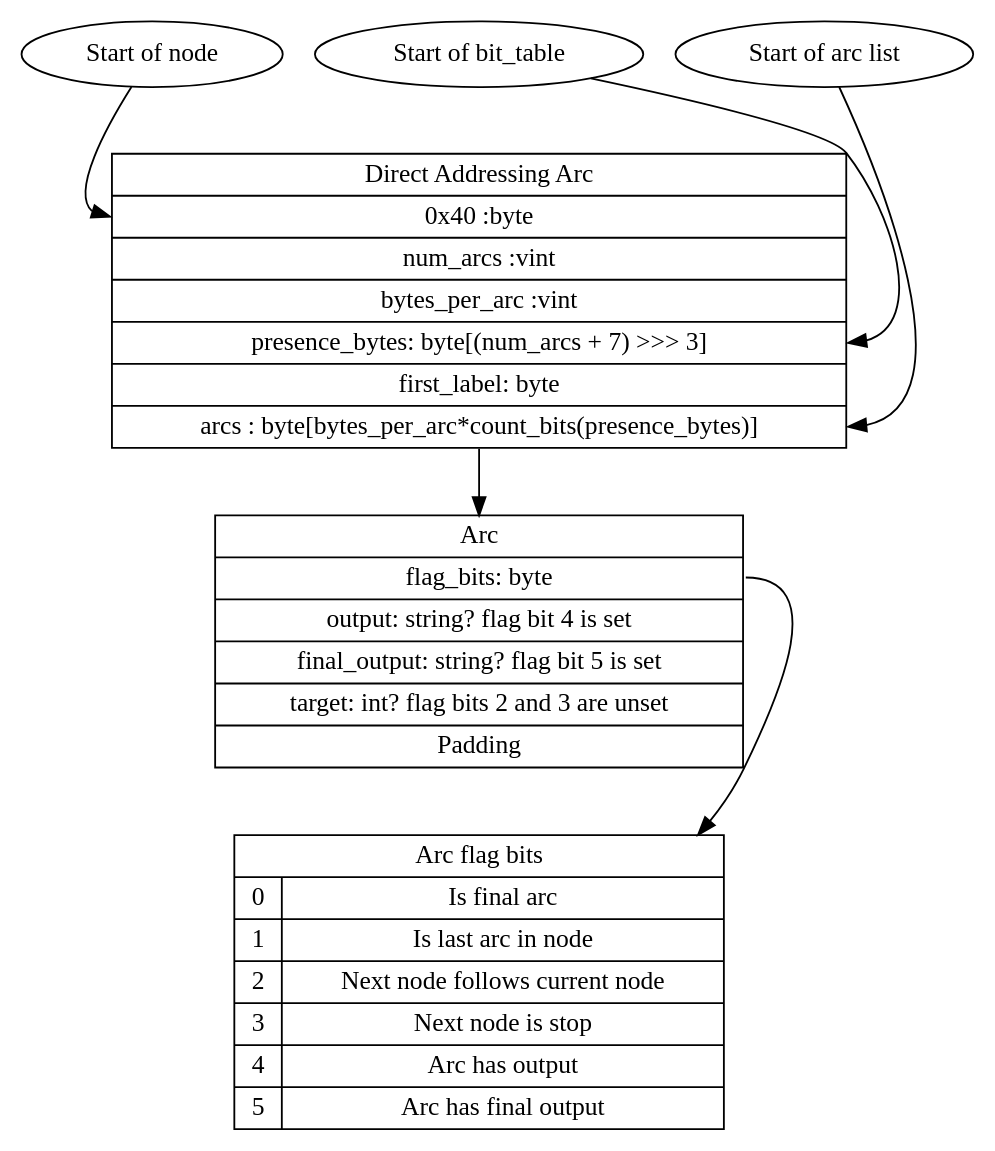
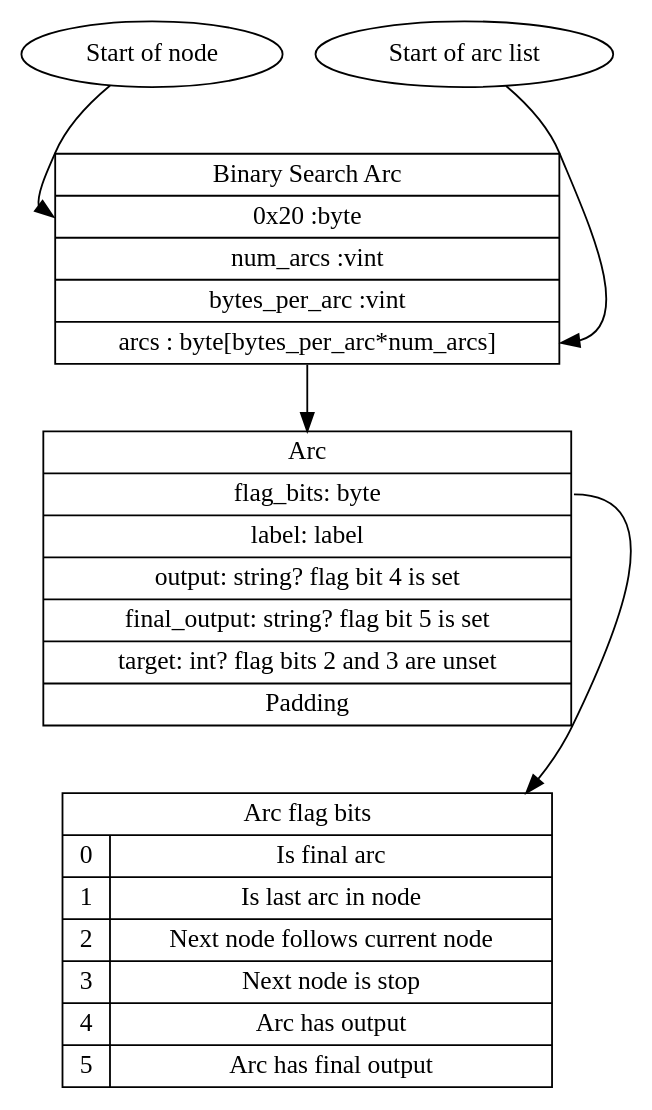
Before and after one commit to sidharthkuruvila/ocaml-lucene: the diagram in doc/graphviz/fst-binary-search.gv, drawn with Graphviz. The commit also changed 2 other files, not shown here.

```diff
--- a/doc/graphviz/fst-binary-search.gv
+++ b/doc/graphviz/fst-binary-search.gv
@@ -1,38 +1,32 @@
 digraph G {
   start_of_node [
     label = "Start of node"
-  ]
-
-  bit_table_start [
-    label = "Start of bit_table"
   ]
 
   pos_arc_start [
     label = "Start of arc list"
   ]
 
-  direct_addressing_arc [
-    label = "{Direct Addressing Arc | <f0>0x40 :byte|num_arcs :vint|bytes_per_arc :vint| <f1>presence_bytes: byte[(num_arcs + 7) \>\>\> 3] | first_label: byte | <f2> arcs : byte[bytes_per_arc*count_bits(presence_bytes)]}"
+  binary_search_arc [
+    label = "{Binary Search Arc | <f0>0x20 :byte|num_arcs :vint|bytes_per_arc :vint| <f2> arcs : byte[bytes_per_arc*num_arcs]}"
     shape = "record"
   ]
 
-  start_of_node -> direct_addressing_arc:f0
+  start_of_node -> binary_search_arc:f0
 
-  bit_table_start -> direct_addressing_arc:f1
+  pos_arc_start -> binary_search_arc:f2
 
-  pos_arc_start -> direct_addressing_arc:f2
-
-  direct_addressing_arc:f2 -> arc
+  binary_search_arc:f2 -> arc
 
   arc [
-    label = "{Arc|<f0>flag_bits: byte| output: string? flag bit 4 is set | final_output: string? flag bit 5 is set|target: int? flag bits 2 and 3 are unset| Padding }"
+    label = "{Arc|<f0>flag_bits: byte| label: label | output: string? flag bit 4 is set | final_output: string? flag bit 5 is set|target: int? flag bits 2 and 3 are unset| Padding }"
     shape = "record"
   ]
 
   arc_flag_bits [
-    label = "{Arc flag bits|{ {0 | 1 | 2 | 3 | 4 | 5}| {Is final arc | Is last arc in node | Next node follows current node | Next node is stop | Arc has output | Arc has final output }}}"
+    label = "{Arc flag bits|{{0 | 1 | 2 | 3 | 4 | 5}| {Is final arc | Is last arc in node | Next node follows current node | Next node is stop | Arc has output | Arc has final output }}}"
     shape="record"
   ]
 
   arc:f0 -> arc_flag_bits
 }
```
